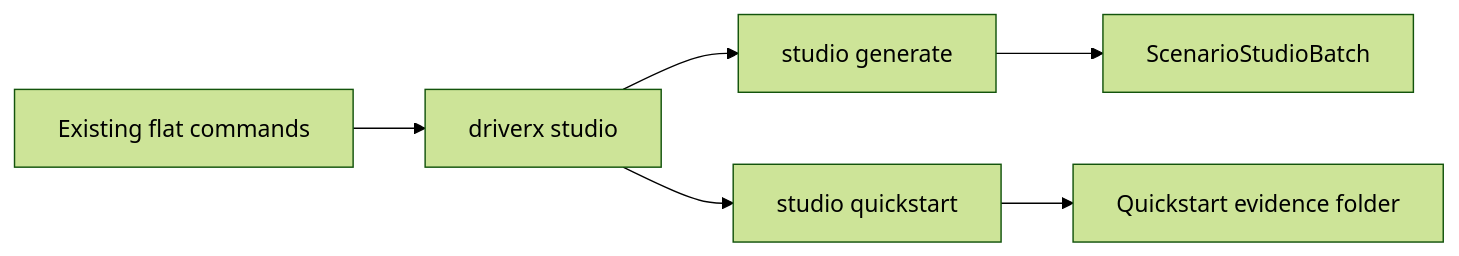
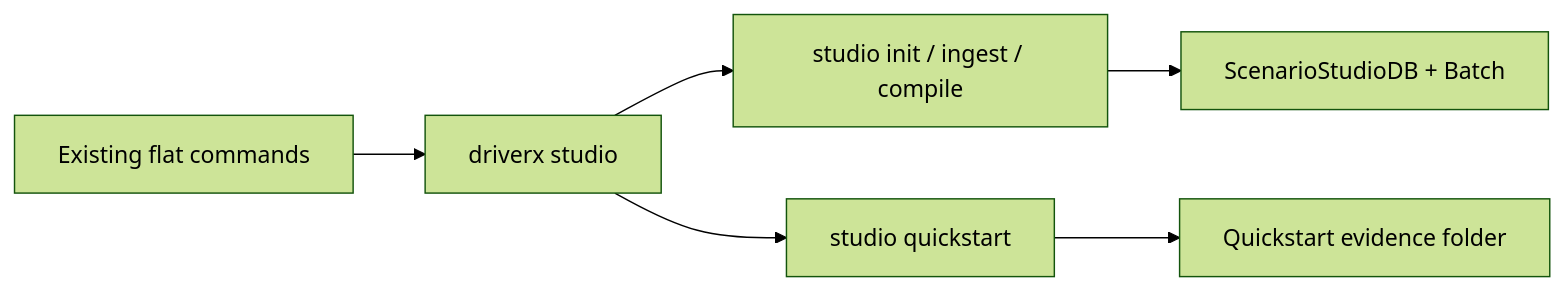
Before and after one commit to ZanarkandTechnologies/0xDriver: the diagram in tickets/TASK-114/ticket.md, drawn with Mermaid (forest theme). The commit also changed other lines of this file and 8 other files, not shown here.

````diff
--- a/tickets/TASK-114/ticket.md
+++ b/tickets/TASK-114/ticket.md
@@ -32,8 +32,8 @@
 ```mermaid
 flowchart LR
     A["Existing flat commands"] --> B["driverx studio"]
-    B --> C["studio generate"]
+    B --> C["studio init / ingest / compile"]
     B --> D["studio quickstart"]
-    C --> E["ScenarioStudioBatch"]
+    C --> E["ScenarioStudioDB + Batch"]
     D --> F["Quickstart evidence folder"]
 ```
````
